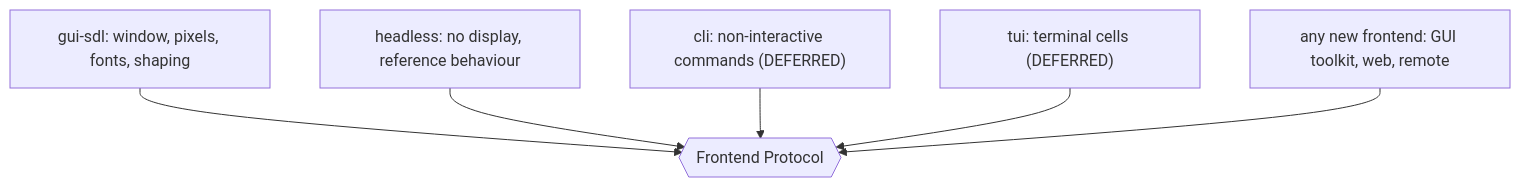
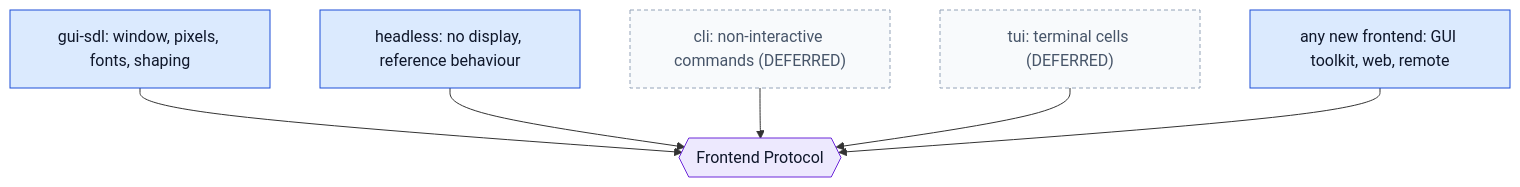
Before and after one commit to cdin-editor/spec: the diagram in docs/components/frontend.md, drawn with Mermaid. The commit also changed other lines of this file and 6 other files, not shown here.

````diff
--- a/docs/components/frontend.md
+++ b/docs/components/frontend.md
@@ -17,14 +17,20 @@
 ```mermaid
 flowchart TB
     PROTO{{"Frontend Protocol"}}
     GUI["gui-sdl: window, pixels, fonts, shaping"]
     HL["headless: no display, reference behaviour"]
     CLI["cli: non-interactive commands (DEFERRED)"]
     TUI["tui: terminal cells (DEFERRED)"]
     NEW["any new frontend: GUI toolkit, web, remote"]
     GUI --> PROTO
     HL --> PROTO
     CLI --> PROTO
     TUI --> PROTO
     NEW --> PROTO
+    classDef comp fill:#dbeafe,stroke:#1d4ed8,color:#0f172a
+    classDef contract fill:#ede9fe,stroke:#6d28d9,color:#0f172a
+    classDef later fill:#f8fafc,stroke:#94a3b8,color:#475569,stroke-dasharray:4 3
+    class GUI,HL,NEW comp
+    class PROTO contract
+    class CLI,TUI later
 ```
````
